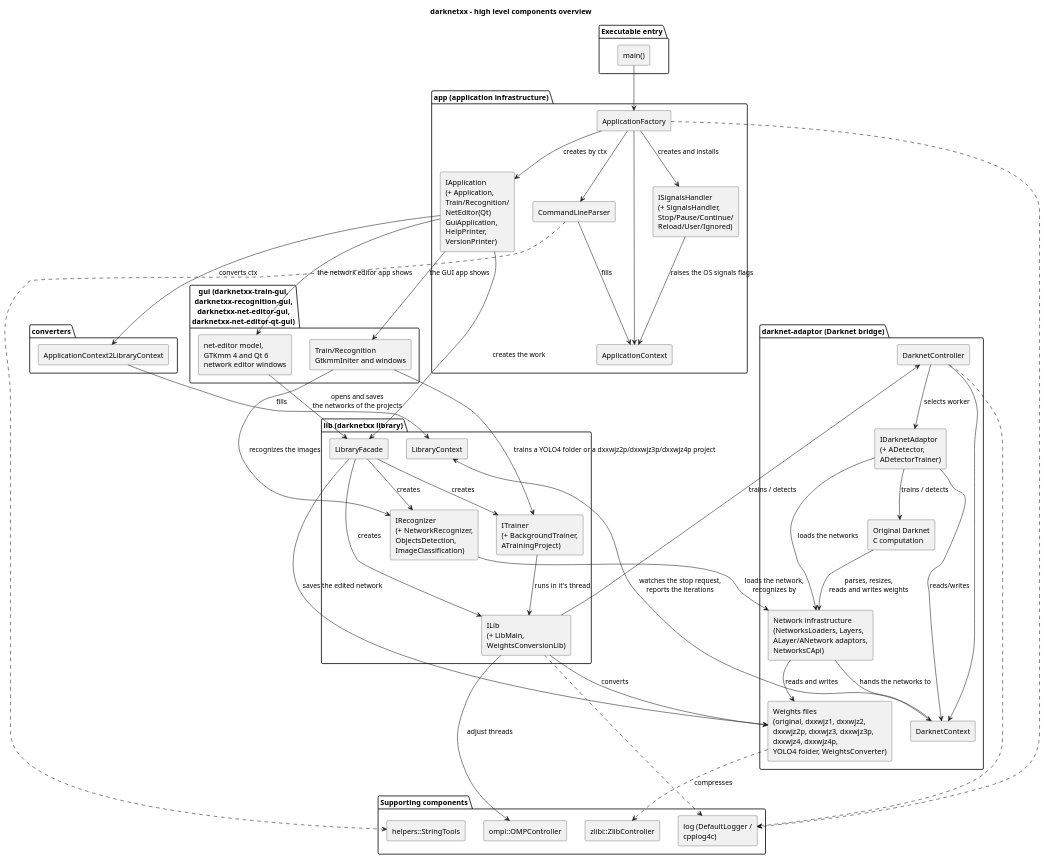
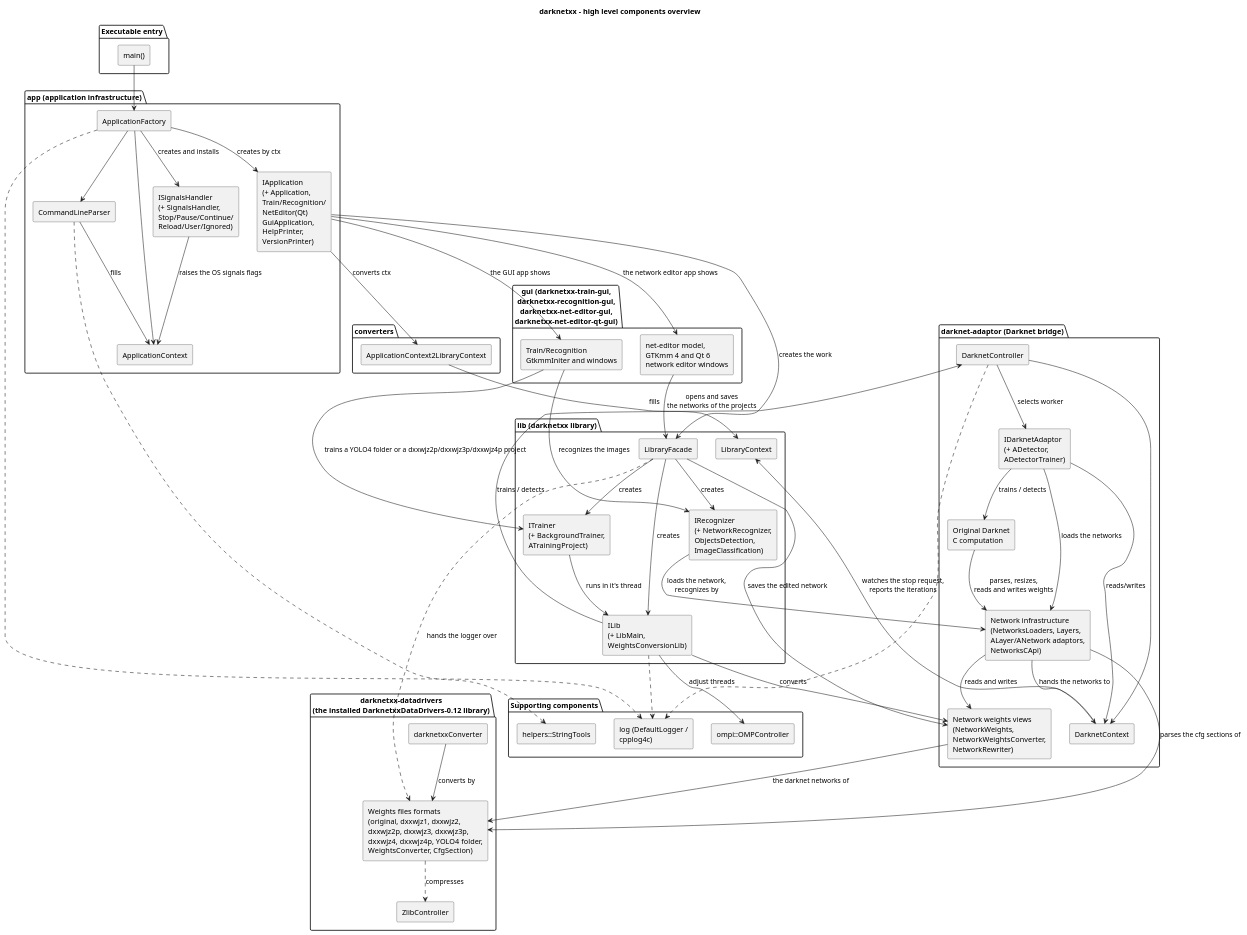
One commit to yuriysydor1991/darknetxx changed the diagram in doc/diagrams/components-overview.puml. Above: the diagram before and after it, drawn with PlantUML. The commit also changed 68 other files, not shown here.

First line of the commit message:
docs: document the darknetxx-datadrivers library the project depends on

```diff
--- a/doc/diagrams/components-overview.puml
+++ b/doc/diagrams/components-overview.puml
@@ -1,91 +1,100 @@
 @startuml components-overview
 title darknetxx - high level components overview
 
 skinparam componentStyle rectangle
 skinparam shadowing false
 
 package "Executable entry" {
   [main()] as main
 }
 
 package "app (application infrastructure)" {
   [ApplicationFactory] as factory
   [CommandLineParser] as parser
   [ApplicationContext] as ctx
   [IApplication\n(+ Application,\nTrain/Recognition/\nNetEditor(Qt)\nGuiApplication,\nHelpPrinter,\nVersionPrinter)] as iapp
   [ISignalsHandler\n(+ SignalsHandler,\nStop/Pause/Continue/\nReload/User/Ignored)] as signals
 }
 
 package "converters" {
   [ApplicationContext2LibraryContext] as conv
 }
 
 package "gui (darknetxx-train-gui,\ndarknetxx-recognition-gui,\ndarknetxx-net-editor-gui,\ndarknetxx-net-editor-qt-gui)" {
   [Train/Recognition\nGtkmmIniter and windows] as gui
   [net-editor model,\nGTKmm 4 and Qt 6\nnetwork editor windows] as editor
 }
 
 package "lib (darknetxx library)" {
   [LibraryFacade] as facade
   [LibraryContext] as lctx
   [ILib\n(+ LibMain,\nWeightsConversionLib)] as ilib
   [ITrainer\n(+ BackgroundTrainer,\nATrainingProject)] as trainer
   [IRecognizer\n(+ NetworkRecognizer,\nObjectsDetection,\nImageClassification)] as recognizer
 }
 
 package "darknet-adaptor (Darknet bridge)" {
   [DarknetController] as dctrl
   [DarknetContext] as dctx
   [IDarknetAdaptor\n(+ ADetector,\nADetectorTrainer)] as adaptor
   [Network infrastructure\n(NetworksLoaders, Layers,\nALayer/ANetwork adaptors,\nNetworksCApi)] as netinfra
-  [Weights files\n(original, dxxwjz1, dxxwjz2,\ndxxwjz2p, dxxwjz3, dxxwjz3p,\ndxxwjz4, dxxwjz4p,\nYOLO4 folder, WeightsConverter)] as weights
+  [Network weights views\n(NetworkWeights,\nNetworkWeightsConverter,\nNetworkRewriter)] as weights
   [Original Darknet\nC computation] as darknetc
+}
+
+package "darknetxx-datadrivers\n(the installed DarknetxxDataDrivers-0.12 library)" {
+  [Weights files formats\n(original, dxxwjz1, dxxwjz2,\ndxxwjz2p, dxxwjz3, dxxwjz3p,\ndxxwjz4, dxxwjz4p, YOLO4 folder,\nWeightsConverter, CfgSection)] as formats
+  [ZlibController] as zlib
+  [darknetxxConverter] as dxxconv
 }
 
 package "Supporting components" {
   [ompi::OMPController] as omp
   [log (DefaultLogger /\ncpplog4c)] as log
   [helpers::StringTools] as helpers
-  [zlibi::ZlibController] as zlib
 }
 
 main --> factory
 factory --> parser
 factory --> ctx
 factory --> iapp : creates by ctx
 factory --> signals : creates and installs
 signals --> ctx : raises the OS signals flags
 parser --> ctx : fills
 iapp --> conv : converts ctx
 conv --> lctx : fills
 iapp --> facade : creates the work
 iapp --> gui : the GUI app shows
 gui --> trainer : trains a YOLO4 folder or a dxxwjz2p/dxxwjz3p/dxxwjz4p project
 gui --> recognizer : recognizes the images
 iapp --> editor : the network editor app shows
 editor --> facade : opens and saves\nthe networks of the projects
 facade --> weights : saves the edited network
 facade --> ilib : creates
 facade --> trainer : creates
 facade --> recognizer : creates
 recognizer --> netinfra : loads the network,\nrecognizes by
 trainer --> ilib : runs in it's thread
 ilib --> omp : adjust threads
 ilib --> dctrl : trains / detects
 ilib --> weights : converts
 dctrl --> dctx
 dctx --> lctx : watches the stop request,\nreports the iterations
 dctrl --> adaptor : selects worker
 adaptor --> dctx : reads/writes
 adaptor --> netinfra : loads the networks
 netinfra --> dctx : hands the networks to
 adaptor --> darknetc : trains / detects
 darknetc --> netinfra : parses, resizes,\nreads and writes weights
 netinfra --> weights : reads and writes
-weights ..> zlib : compresses
+netinfra --> formats : parses the cfg sections of
+weights --> formats : the darknet networks of
+facade ..> formats : hands the logger over
+dxxconv --> formats : converts by
+formats ..> zlib : compresses
 factory ..> log
 ilib ..> log
 dctrl ..> log
 parser ..> helpers
 
 @enduml
```
